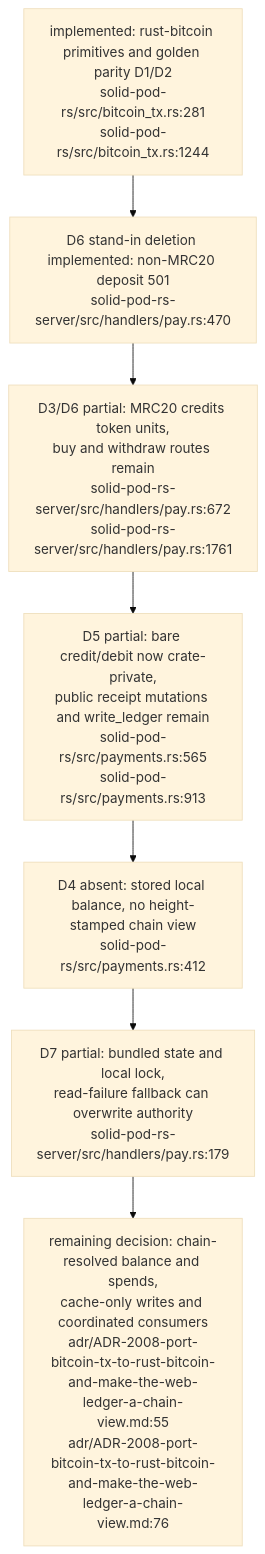
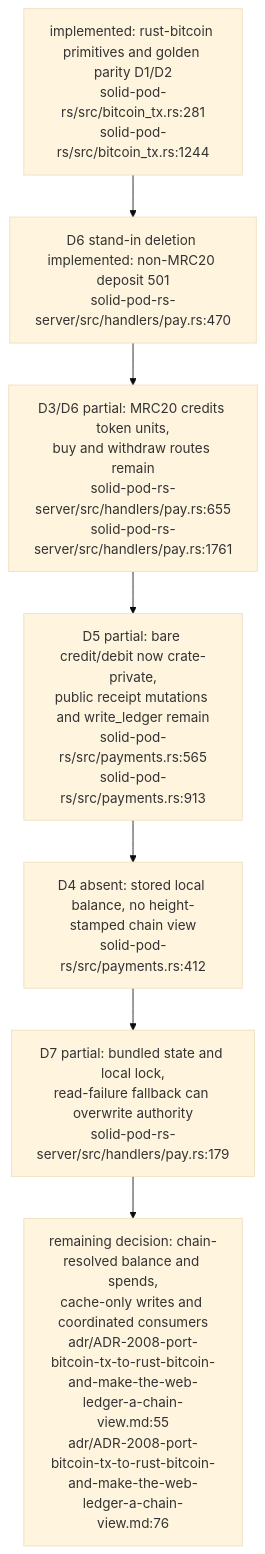
One commit to DreamLab-AI/VisionFlow changed diagram 17 of 19 in docs/diagrams/solid-pod-rs/07-provenance-and-payments.md. Above: the diagram before and after it, drawn with Mermaid (base theme). The commit also changed other lines of this file and 47 other files, not shown here.

````diff
--- a/docs/diagrams/solid-pod-rs/07-provenance-and-payments.md
+++ b/docs/diagrams/solid-pod-rs/07-provenance-and-payments.md
@@ -480,11 +489,11 @@
 ```mermaid
 flowchart TD
     PORT["implemented: rust-bitcoin primitives and golden parity D1/D2<br/>solid-pod-rs/src/bitcoin_tx.rs:281<br/>solid-pod-rs/src/bitcoin_tx.rs:1244"]
     TXO["D6 stand-in deletion implemented: non-MRC20 deposit 501<br/>solid-pod-rs-server/src/handlers/pay.rs:470"]
-    MRC["D3/D6 partial: MRC20 credits token units,<br/>buy and withdraw routes remain<br/>solid-pod-rs-server/src/handlers/pay.rs:672<br/>solid-pod-rs-server/src/handlers/pay.rs:1761"]
+    MRC["D3/D6 partial: MRC20 credits token units,<br/>buy and withdraw routes remain<br/>solid-pod-rs-server/src/handlers/pay.rs:655<br/>solid-pod-rs-server/src/handlers/pay.rs:1761"]
     API["D5 partial: bare credit/debit now crate-private,<br/>public receipt mutations and write_ledger remain<br/>solid-pod-rs/src/payments.rs:565<br/>solid-pod-rs/src/payments.rs:913"]
     LOCAL["D4 absent: stored local balance, no height-stamped chain view<br/>solid-pod-rs/src/payments.rs:412"]
     ATOMIC["D7 partial: bundled state and local lock,<br/>read-failure fallback can overwrite authority<br/>solid-pod-rs-server/src/handlers/pay.rs:179"]
     PLAN["remaining decision: chain-resolved balance and spends,<br/>cache-only writes and coordinated consumers<br/>adr/ADR-2008-port-bitcoin-tx-to-rust-bitcoin-and-make-the-web-ledger-a-chain-view.md:55<br/>adr/ADR-2008-port-bitcoin-tx-to-rust-bitcoin-and-make-the-web-ledger-a-chain-view.md:76"]
     PORT --> TXO --> MRC --> API --> LOCAL --> ATOMIC --> PLAN
 ```
````
